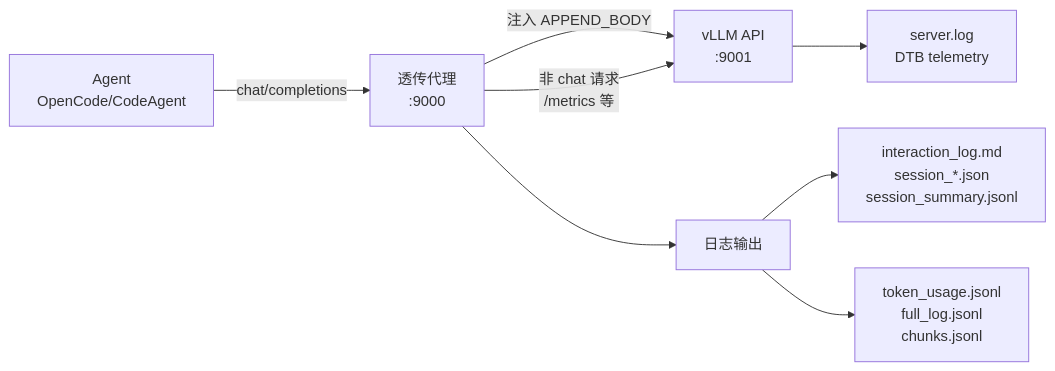
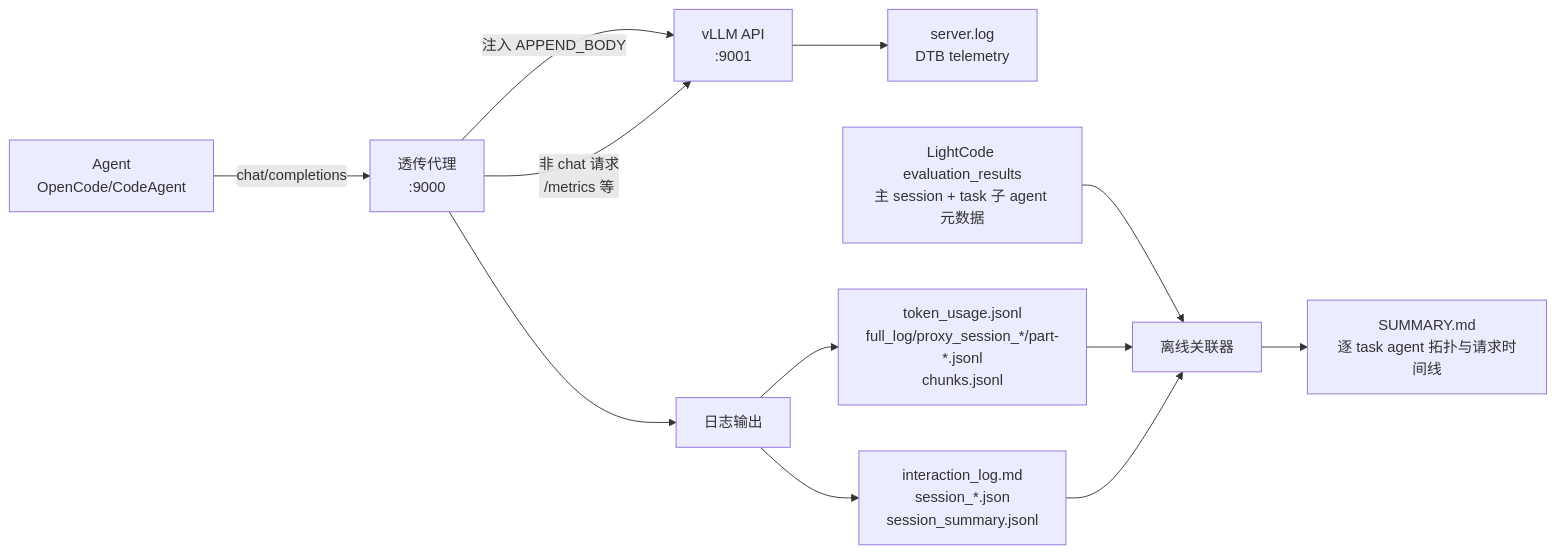
The first of 3 diagrams in proxy/AGENTS.md (F00L42/TB), drawn with Mermaid before and after one commit. The commit also changed other lines of this file and 8 other files, not shown here.

Commit message:
refactor: task related session log

````diff
--- a/proxy/AGENTS.md
+++ b/proxy/AGENTS.md
@@ -31,10 +43,14 @@
 ```mermaid
 graph LR
     A[Agent<br/>OpenCode/CodeAgent] -->|chat/completions| B[透传代理<br/>:9000]
     B -->|注入 APPEND_BODY| C[vLLM API<br/>:9001]
     B -->|非 chat 请求<br/>/metrics 等| C
     C --> D[server.log<br/>DTB telemetry]
     B --> E[日志输出]
     E --> F[interaction_log.md<br/>session_*.json<br/>session_summary.jsonl]
-    E --> G[token_usage.jsonl<br/>full_log.jsonl<br/>chunks.jsonl]
+    E --> G[token_usage.jsonl<br/>full_log/proxy_session_*/part-*.jsonl<br/>chunks.jsonl]
+    H[LightCode evaluation_results<br/>主 session + task 子 agent 元数据] --> I[离线关联器]
+    G --> I
+    F --> I
+    I --> J[SUMMARY.md<br/>逐 task agent 拓扑与请求时间线]
 ```
````
